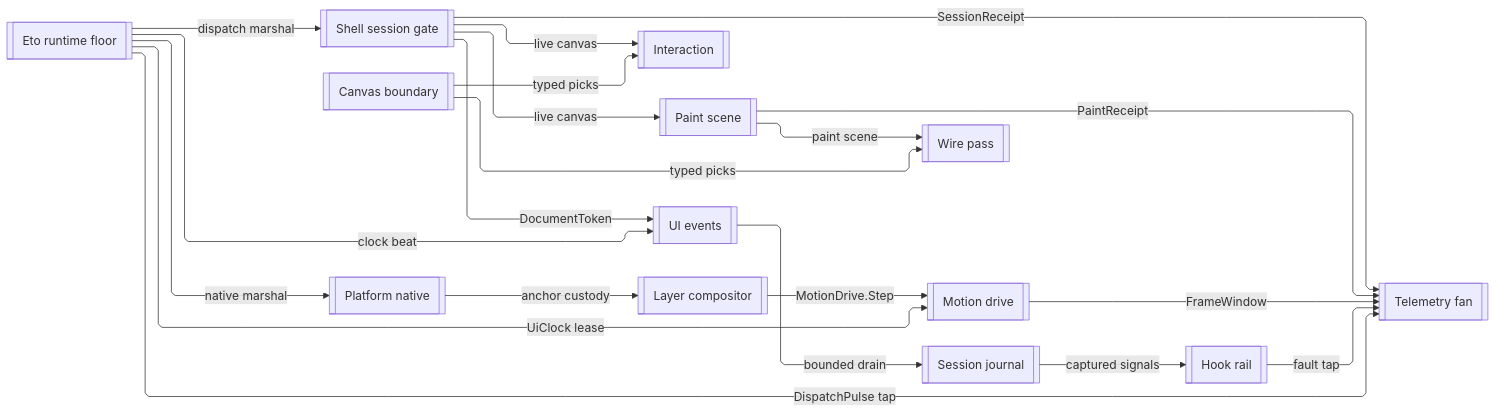
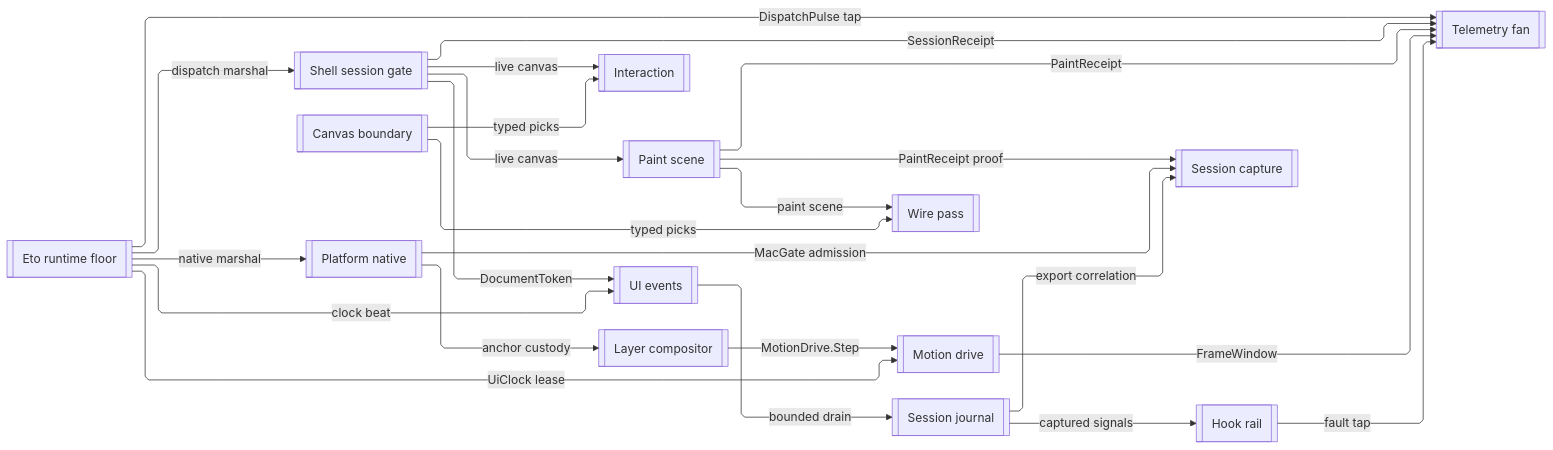
Before and after one commit to bsamiee/Rasm: the third of 3 diagrams in libs/csharp/Rasm.Grasshopper/ARCHITECTURE.md, drawn with Mermaid. The commit also changed other lines of this file and 124 other files, not shown here.

First line of the commit message:
planning registries: ARCHITECTURE/README/IDEAS/TASKLOG/RULINGS + csproj, campaign-method, CLAUDE.md

````diff
--- a/libs/csharp/Rasm.Grasshopper/ARCHITECTURE.md
+++ b/libs/csharp/Rasm.Grasshopper/ARCHITECTURE.md
@@ -135,44 +136,48 @@
 ```mermaid
 ---
 config:
   layout: elk
   flowchart:
     curve: linear
     padding: 25
 ---
 flowchart LR
     accTitle: Grasshopper host-boundary interior wiring
     accDescr: How the Grasshopper host boundary composes its UI-thread interior around the Eto runtime dispatch floor and the Shell session-scope gate, with canvas, paint, motion, events, and native owners consuming live scope, dispatch beats, and typed reads.
     Runtime[[Eto runtime floor]]
     Session[[Shell session gate]]
     Canvas[[Canvas boundary]]
     Interaction[[Interaction]]
     Paint[[Paint scene]]
     Wires[[Wire pass]]
     Motion[[Motion drive]]
     Events[[UI events]]
     Native[[Platform native]]
     Composition[[Layer compositor]]
+    Capture[[Session capture]]
     Telemetry[[Telemetry fan]]
     Hooks[[Hook rail]]
     Journal[[Session journal]]
     Runtime -->|"dispatch marshal"| Session
     Runtime -->|"UiClock lease"| Motion
     Runtime -->|"DispatchPulse tap"| Telemetry
     Session -->|"SessionReceipt"| Telemetry
     Paint -->|"PaintReceipt"| Telemetry
     Motion -->|"FrameWindow"| Telemetry
     Hooks -->|"fault tap"| Telemetry
     Events -->|"bounded drain"| Journal
     Journal -->|"captured signals"| Hooks
     Runtime -->|"native marshal"| Native
     Runtime -->|"clock beat"| Events
     Session -->|"live canvas"| Interaction
     Session -->|"live canvas"| Paint
     Session -->|"DocumentToken"| Events
     Canvas -->|"typed picks"| Interaction
     Canvas -->|"typed picks"| Wires
     Paint -->|"paint scene"| Wires
     Composition -->|"MotionDrive.Step"| Motion
     Native -->|"anchor custody"| Composition
+    Native -->|"MacGate admission"| Capture
+    Paint -->|"PaintReceipt proof"| Capture
+    Journal -->|"export correlation"| Capture
 ```
````
